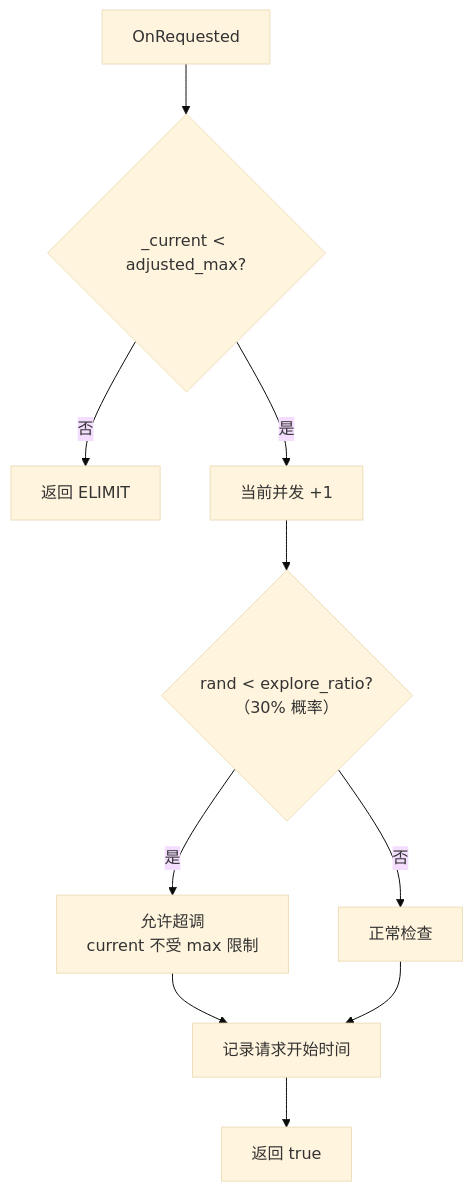
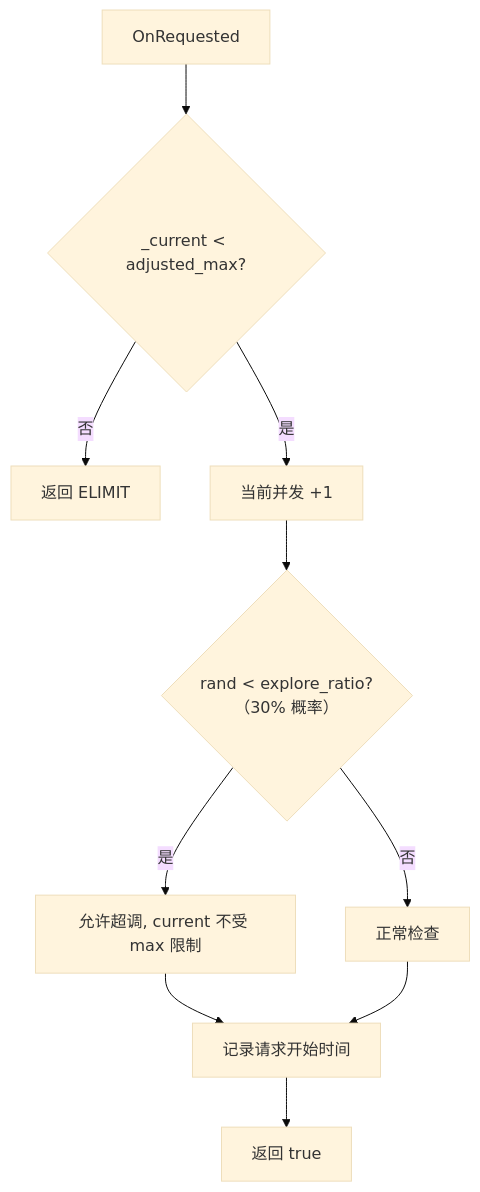
The fourth of 14 diagrams in Storage/brpc/brpc的流控机制分析.md (carlvinhust2012/MyStudy), drawn with Mermaid (base theme) before and after one commit. The commit also changed other lines of this file, not shown here.

Commit message:
update the brpc flow control analysis

````diff
--- a/Storage/brpc/brpc的流控机制分析.md
+++ b/Storage/brpc/brpc的流控机制分析.md
@@ -254,14 +254,14 @@
 ```mermaid
 flowchart TD
     REQ[OnRequested] --> CHECK1{_current < adjusted_max?}
     CHECK1 -->|否| REJECT[返回 ELIMIT]
     CHECK1 -->|是| INC[当前并发 +1]
 
     INC --> EXPLORE{rand < explore_ratio?<br/>（30% 概率）}
-    EXPLORE -->|是| PLUS[允许超调<br/>current 不受 max 限制]
+    EXPLORE -->|是| PLUS["允许超调, current 不受 max 限制"]
     EXPLORE -->|否| NORMAL[正常检查]
     PLUS --> RECORD[记录请求开始时间]
     NORMAL --> RECORD
 
     RECORD --> ACCEPT[返回 true]
 ```
````
